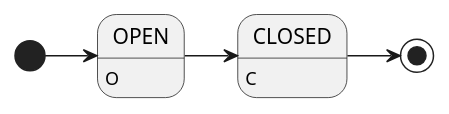
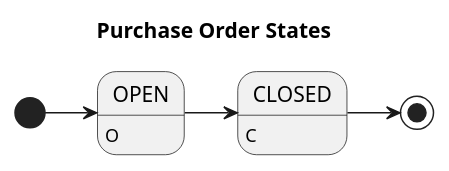
The third of 9 diagrams in org-mode.org (byronsanchez/org-mode-doc), drawn with PlantUML before and after one commit. The commit also changed other lines of this file, not shown here.

Commit message:
Fix double arrow from TODO -> DONE and add titles to task state diagrams

```diff
--- a/org-mode.org
+++ b/org-mode.org
@@ -478,7 +479,8 @@
 #+begin_src plantuml :file po_states.png
+title Purchase Order States
 [*] -> OPEN
 OPEN -> CLOSED
 CLOSED -> [*]
 OPEN: O
 CLOSED: C
 #+end_src
```
